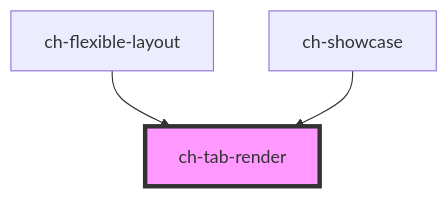
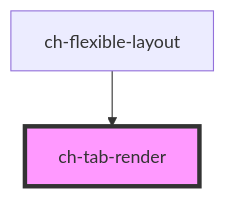
Before and after one commit to genexuslabs/chameleon-controls-library: the diagram in src/components/tab/readme.md, drawn with Mermaid. The commit also changed other lines of this file and 25 other files, not shown here.

````diff
--- a/src/components/tab/readme.md
+++ b/src/components/tab/readme.md
@@ -103,6 +102,5 @@
 ```mermaid
 graph TD;
   ch-flexible-layout --> ch-tab-render
-  ch-showcase --> ch-tab-render
   style ch-tab-render fill:#f9f,stroke:#333,stroke-width:4px
 ```
````
